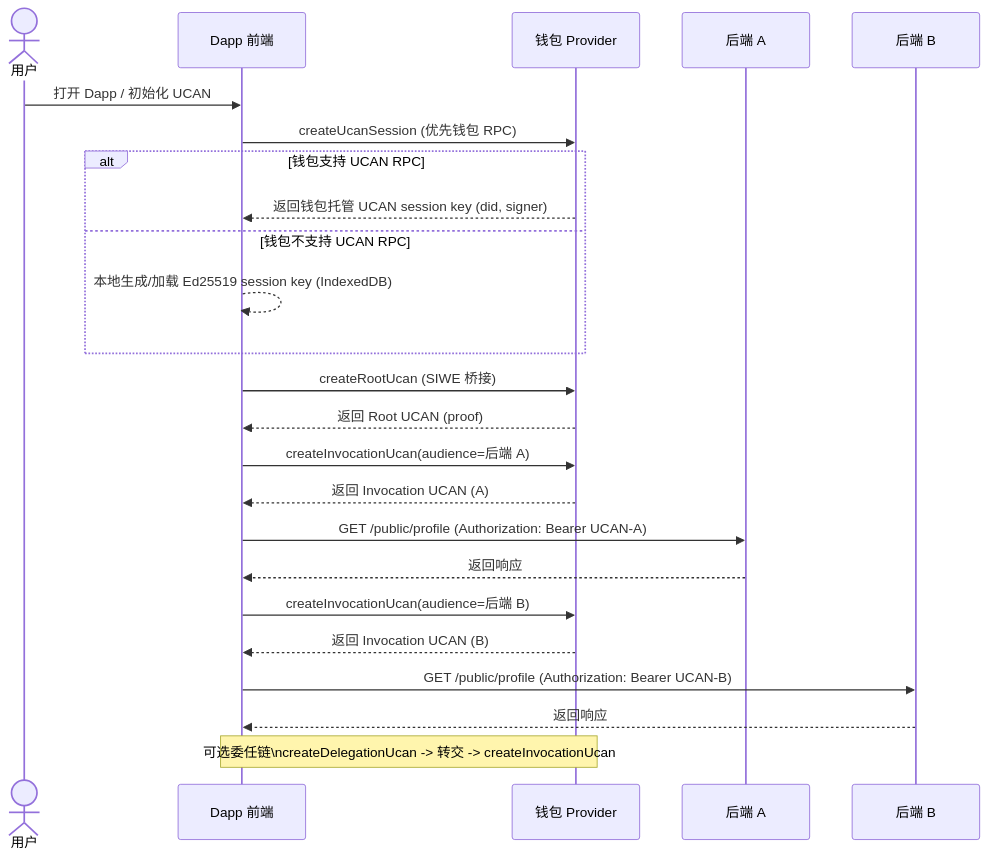
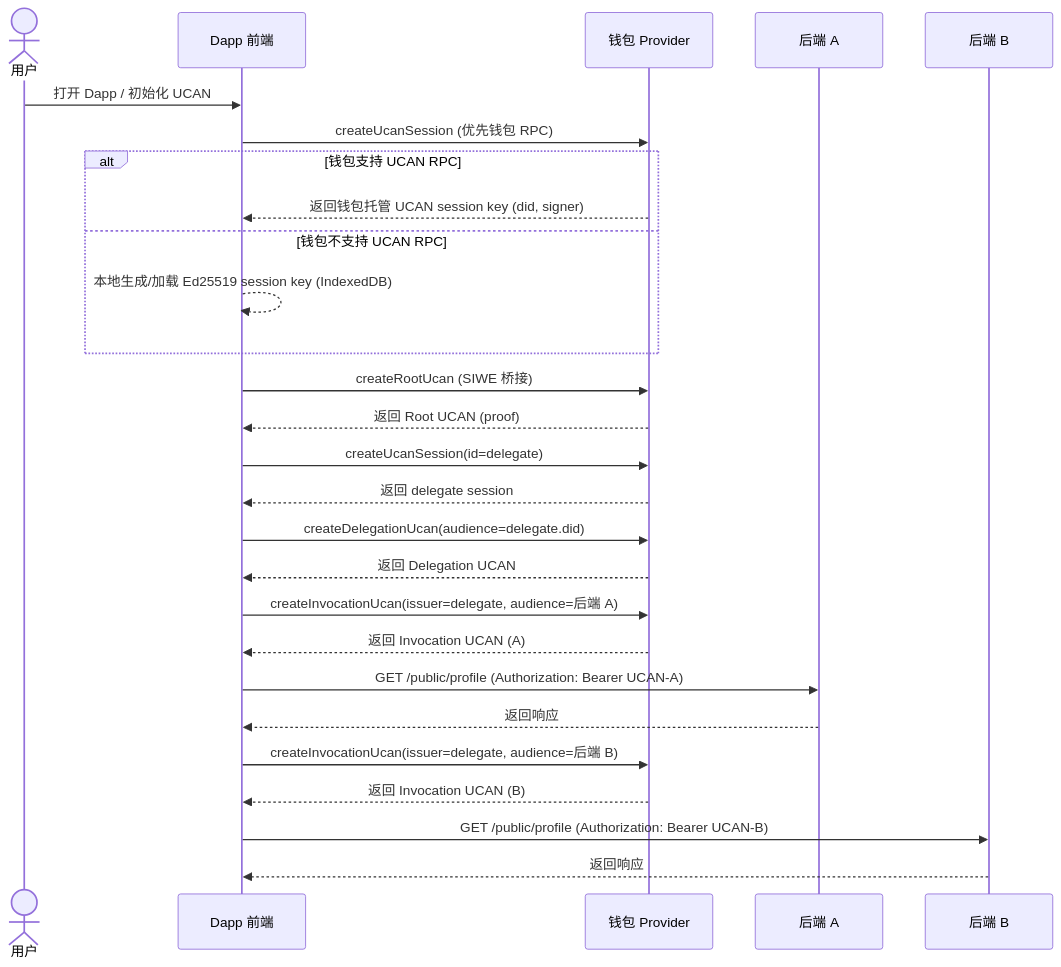
The second of 2 diagrams in docs/sdk-design.md (yeying-community/web3-bs), drawn with Mermaid before and after one commit. The commit also changed other lines of this file and 13 other files, not shown here.

````diff
--- a/docs/sdk-design.md
+++ b/docs/sdk-design.md
@@ -260,30 +261,33 @@
 ```mermaid
 sequenceDiagram
   actor 用户
   participant FE as Dapp 前端
   participant WP as 钱包 Provider
   participant BA as 后端 A
   participant BB as 后端 B
 
   用户 ->> FE: 打开 Dapp / 初始化 UCAN
   FE ->> WP: createUcanSession (优先钱包 RPC)
   alt 钱包支持 UCAN RPC
     WP -->> FE: 返回钱包托管 UCAN session key (did, signer)
   else 钱包不支持 UCAN RPC
     FE -->> FE: 本地生成/加载 Ed25519 session key (IndexedDB)
   end
   FE ->> WP: createRootUcan (SIWE 桥接)
   WP -->> FE: 返回 Root UCAN (proof)
 
-  FE ->> WP: createInvocationUcan(audience=后端 A)
+  FE ->> WP: createUcanSession(id=delegate)
+  WP -->> FE: 返回 delegate session
+  FE ->> WP: createDelegationUcan(audience=delegate.did)
+  WP -->> FE: 返回 Delegation UCAN
+
+  FE ->> WP: createInvocationUcan(issuer=delegate, audience=后端 A)
   WP -->> FE: 返回 Invocation UCAN (A)
   FE ->> BA: GET /public/profile (Authorization: Bearer UCAN-A)
   BA -->> FE: 返回响应
 
-  FE ->> WP: createInvocationUcan(audience=后端 B)
+  FE ->> WP: createInvocationUcan(issuer=delegate, audience=后端 B)
   WP -->> FE: 返回 Invocation UCAN (B)
   FE ->> BB: GET /public/profile (Authorization: Bearer UCAN-B)
   BB -->> FE: 返回响应
-
-  Note over FE,WP: 可选委任链\ncreateDelegationUcan -> 转交 -> createInvocationUcan
 ```
````
